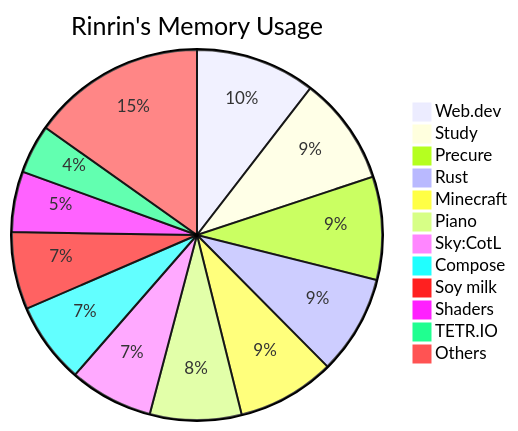
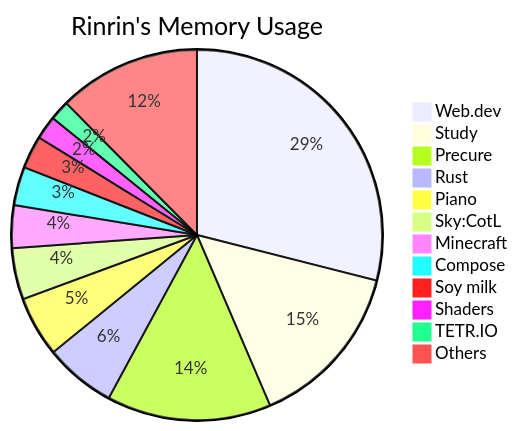
The diagram in README.md (Rinrin0413/Rinrin0413), drawn with Mermaid before and after one commit.

Commit message:
🛠 Update: Rinrin's Memory Usage

````diff
--- a/README.md
+++ b/README.md
@@ -75,15 +75,15 @@
 ```mermaid
 pie title Rinrin's Memory Usage
-    "Web.dev": 93
-    "Study": 84
-    "Precure": 80
-    "Rust": 77
-    "Minecraft": 76
-    "Piano": 71
-    "Sky:CotL": 65
-    "Compose": 63
-    "Soy milk": 60
-    "Shaders": 47
+    "Web.dev": 638
+    "Study": 322
+    "Precure": 316
+    "Rust": 137
+    "Piano": 116
+    "Sky:CotL": 99
+    "Minecraft": 82
+    "Compose": 74
+    "Soy milk": 63
+    "Shaders": 45
     "TETR.IO": 38
-    "Others": 135
+    "Others": 274
 ```
````
